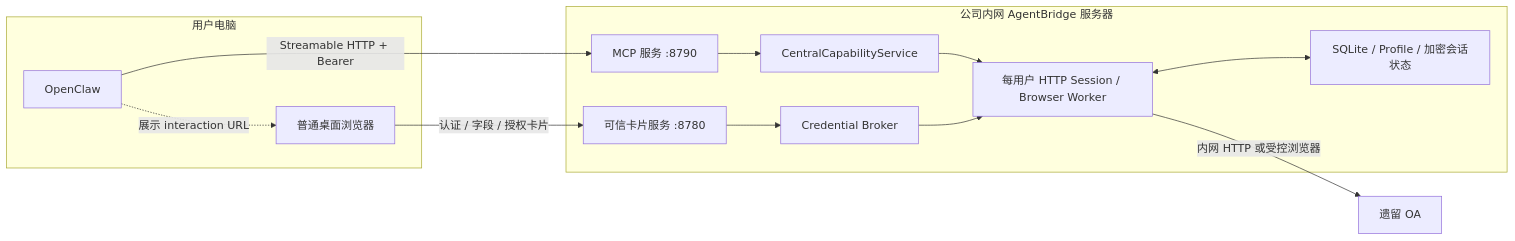
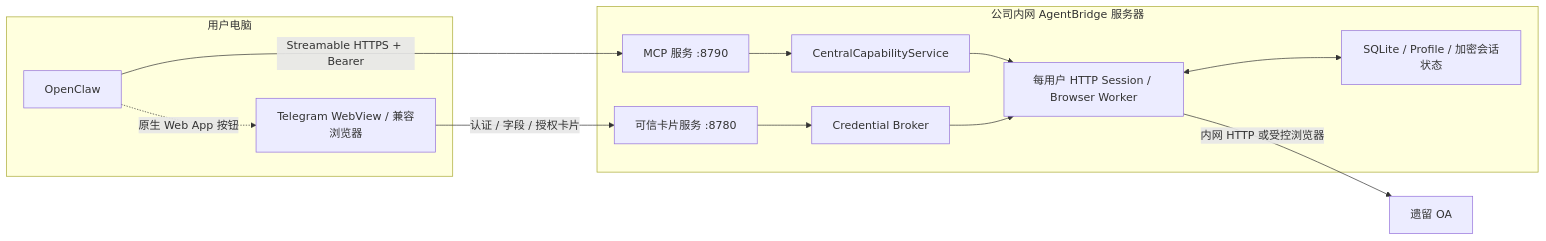
One commit to guomxin/cli-helper changed the diagram in docs/current-deployment-plan.md. Above: the diagram before and after it, drawn with Mermaid. The commit also changed other lines of this file and 16 other files, not shown here.

````diff
--- a/docs/current-deployment-plan.md
+++ b/docs/current-deployment-plan.md
@@ -35,28 +38,28 @@
 ```mermaid
 flowchart LR
     subgraph U["用户电脑"]
         O["OpenClaw"]
-        B["普通桌面浏览器"]
+        B["Telegram WebView / 兼容浏览器"]
     end
 
     subgraph S["公司内网 AgentBridge 服务器"]
         M["MCP 服务 :8790"]
         C["可信卡片服务 :8780"]
         A["CentralCapabilityService"]
         R["Credential Broker"]
         W["每用户 HTTP Session / Browser Worker"]
         D["SQLite / Profile / 加密会话状态"]
     end
 
     OA["遗留 OA"]
 
-    O -->|"Streamable HTTP + Bearer"| M
-    O -.->|"展示 interaction URL"| B
+    O -->|"Streamable HTTPS + Bearer"| M
+    O -.->|"原生 Web App 按钮"| B
     B -->|"认证 / 字段 / 授权卡片"| C
     M --> A
     C --> R
     A --> W
     R --> W
     W <--> D
     W -->|"内网 HTTP 或受控浏览器"| OA
 ```
````
